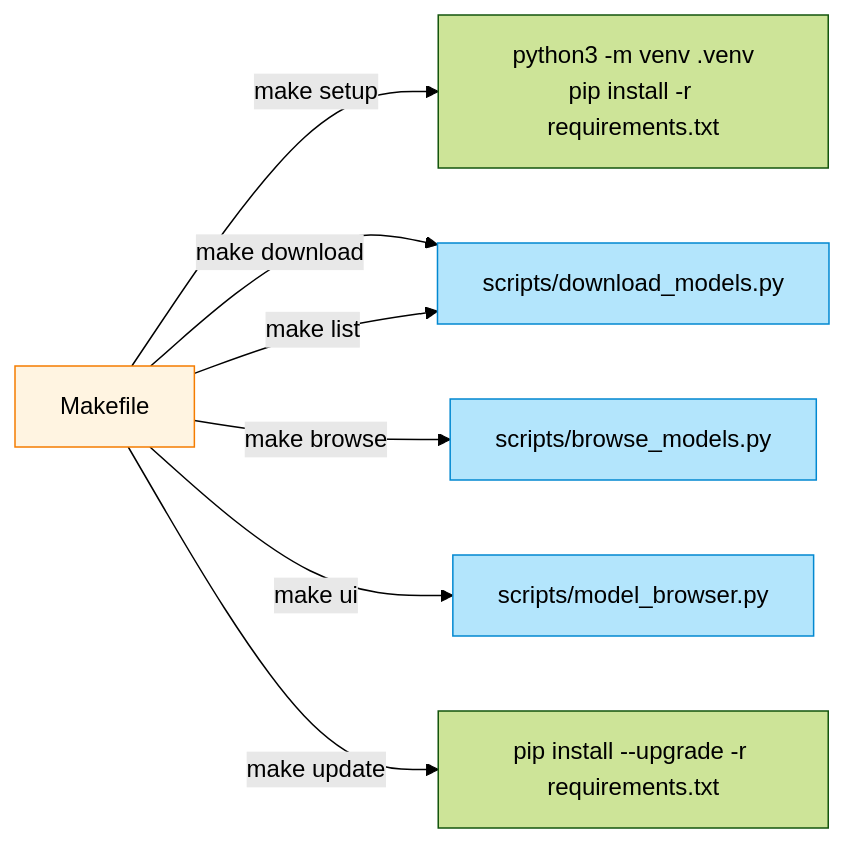
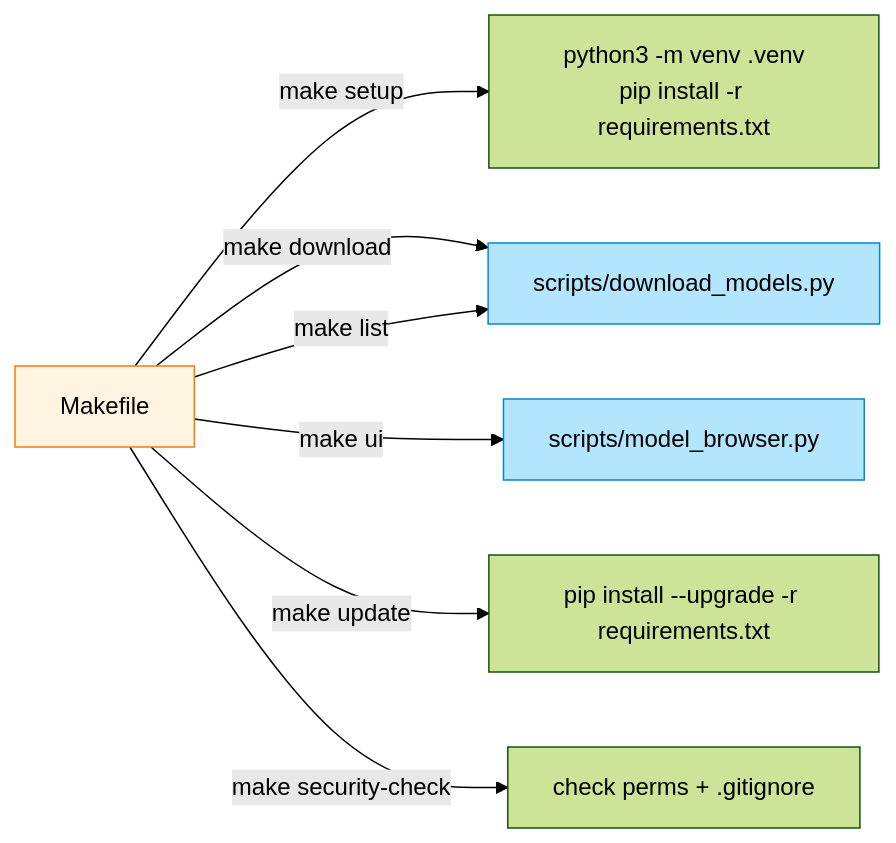
The second of 3 diagrams in docs/architecture/diagrams/dependency-graph.md (ikeniborn/aihub), drawn with Mermaid (forest theme) before and after one commit. The commit also changed other lines of this file and 10 other files, not shown here.

````diff
--- a/docs/architecture/diagrams/dependency-graph.md
+++ b/docs/architecture/diagrams/dependency-graph.md
@@ -60,15 +63,14 @@
 ```mermaid
 graph LR
     MK["Makefile"]
     MK -->|"make setup"| SETUP["python3 -m venv .venv\npip install -r requirements.txt"]
     MK -->|"make download"| DL["scripts/download_models.py"]
     MK -->|"make list"| DL
-    MK -->|"make browse"| BM["scripts/browse_models.py"]
     MK -->|"make ui"| MB["scripts/model_browser.py"]
     MK -->|"make update"| UPDATE["pip install --upgrade -r requirements.txt"]
+    MK -->|"make security-check"| SC["check perms + .gitignore"]
 
     style MK fill:#fff4e1,stroke:#f57c00
     style DL fill:#b3e5fc,stroke:#0288d1
-    style BM fill:#b3e5fc,stroke:#0288d1
     style MB fill:#b3e5fc,stroke:#0288d1
 ```
````
